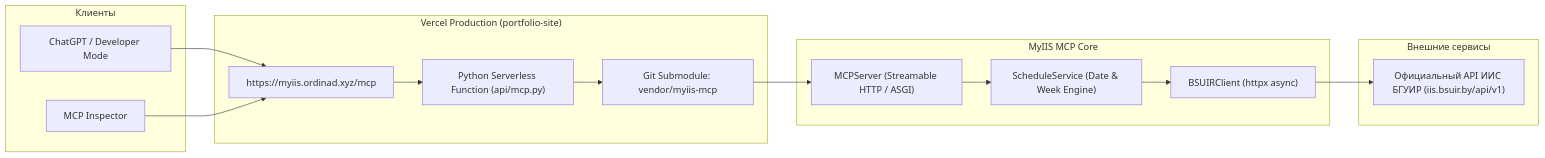
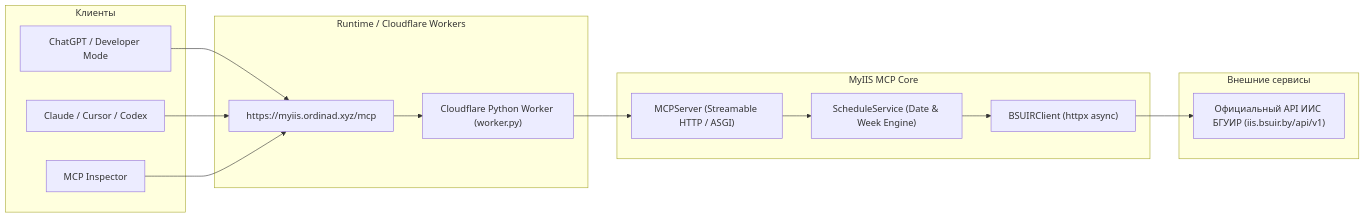
One commit to OrDinaD/myiis-mcp changed the diagram in README.md. Above: the diagram before and after it, drawn with Mermaid. The commit also changed other lines of this file and 2 other files, not shown here.

Commit message:
chore: add Cloudflare Workers entrypoint and configuration

````diff
--- a/README.md
+++ b/README.md
@@ -16,32 +16,32 @@
 ```mermaid
 flowchart LR
     subgraph Clients["Клиенты"]
         ChatGPT["ChatGPT / Developer Mode"]
+        Claude["Claude / Cursor / Codex"]
         Inspector["MCP Inspector"]
     end
 
-    subgraph Hosting["Vercel Production (portfolio-site)"]
+    subgraph Hosting["Runtime / Cloudflare Workers"]
         Domain["https://myiis.ordinad.xyz/mcp"]
-        VercelFn["Python Serverless Function (api/mcp.py)"]
-        Submodule["Git Submodule: vendor/myiis-mcp"]
+        Worker["Cloudflare Python Worker (worker.py)"]
     end
 
     subgraph Core["MyIIS MCP Core"]
         MCPServer["MCPServer (Streamable HTTP / ASGI)"]
         Service["ScheduleService (Date & Week Engine)"]
         BSUIRClient["BSUIRClient (httpx async)"]
     end
 
     subgraph External["Внешние сервисы"]
         BSUIR["Официальный API ИИС БГУИР (iis.bsuir.by/api/v1)"]
     end
 
     ChatGPT --> Domain
+    Claude --> Domain
     Inspector --> Domain
-    Domain --> VercelFn
-    VercelFn --> Submodule
-    Submodule --> MCPServer
+    Domain --> Worker
+    Worker --> MCPServer
     MCPServer --> Service
     Service --> BSUIRClient
     BSUIRClient --> BSUIR
 ```
````
